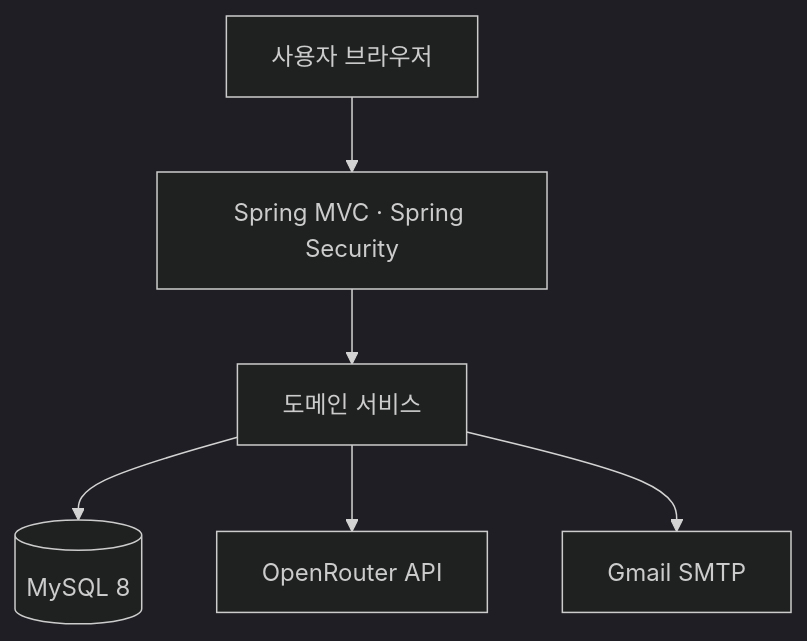
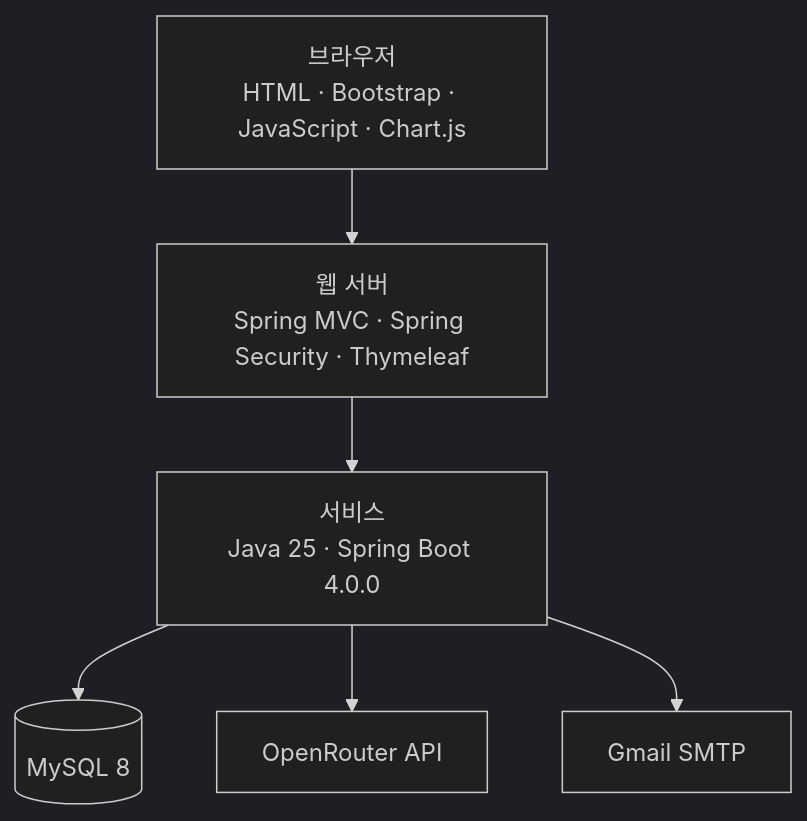
One commit to sanghui4542-ship-it/Final_Project_CRM changed the diagram in README.md. Above: the diagram before and after it, drawn with Mermaid (dark theme). The commit also changed other lines of this file, not shown here.

````diff
--- a/README.md
+++ b/README.md
@@ -70,8 +83,15 @@
 ```mermaid
 flowchart TD
-    Browser["사용자 브라우저"] --> Web["Spring MVC · Spring Security"]
-    Web --> Service["도메인 서비스"]
-    Service --> DB[("MySQL 8")]
-    Service --> AI["OpenRouter API"]
-    Service --> Mail["Gmail SMTP"]
+    UI["브라우저<br/>HTML · Bootstrap · JavaScript · Chart.js"]
+    Web["웹 서버<br/>Spring MVC · Spring Security · Thymeleaf"]
+    Service["서비스<br/>Java 25 · Spring Boot 4.0.0"]
+    DB[("MySQL 8")]
+    AI["OpenRouter API"]
+    Mail["Gmail SMTP"]
+
+    UI --> Web
+    Web --> Service
+    Service --> DB
+    Service --> AI
+    Service --> Mail
 ```
````
